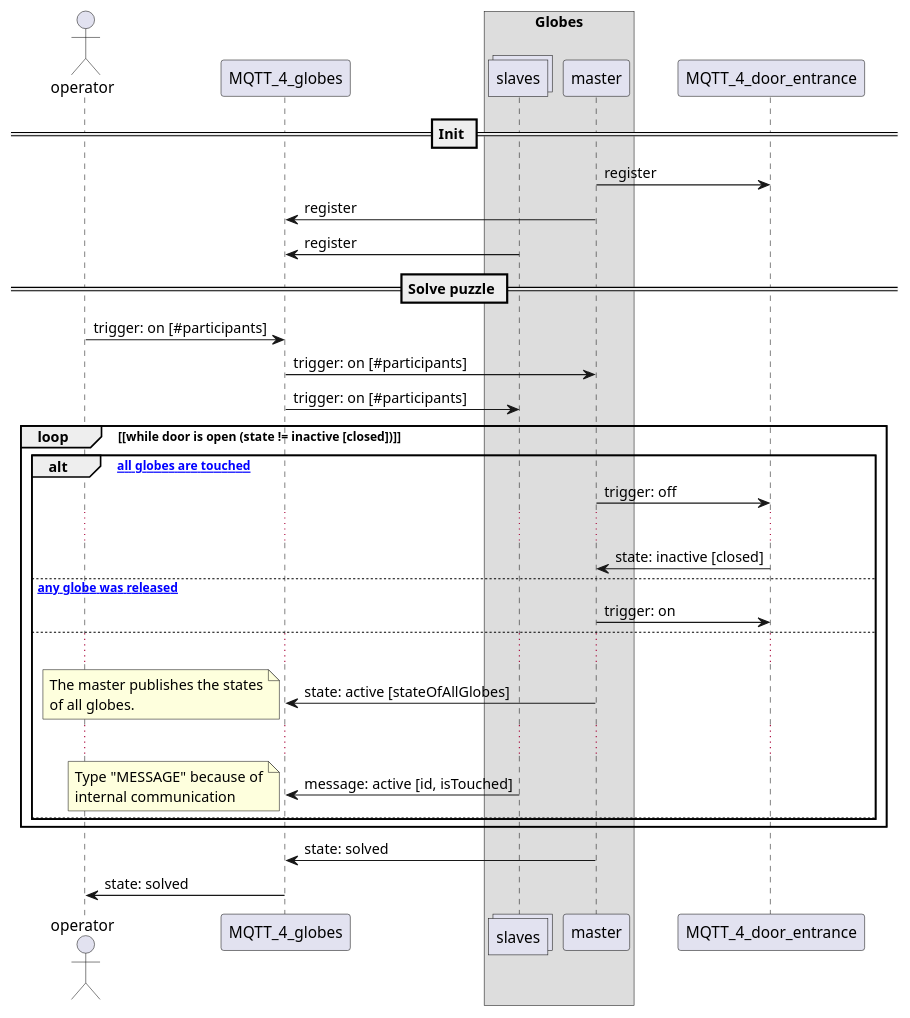
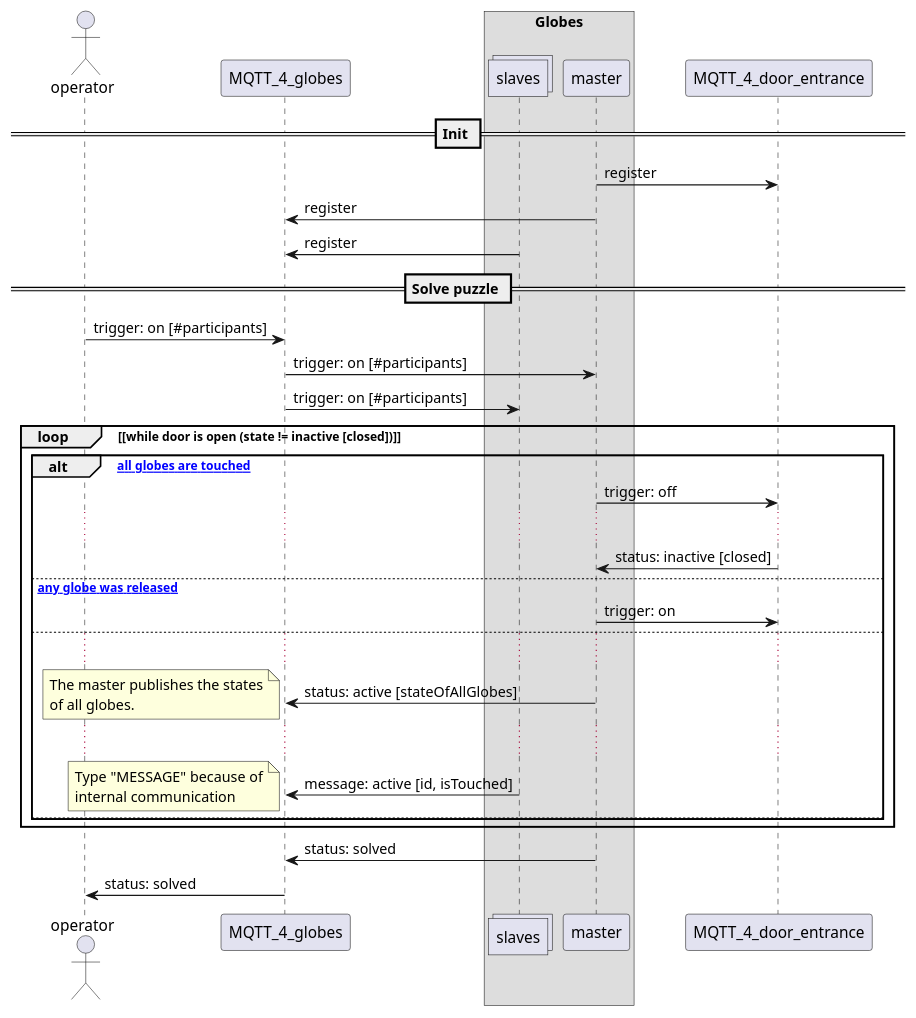
Before and after one commit to ubilab-ws21/operator: the diagram in design/group_4_puzzle_globes.puml, drawn with PlantUML. The commit also changed 11 other files, not shown here.

```diff
--- a/design/group_4_puzzle_globes.puml
+++ b/design/group_4_puzzle_globes.puml
@@ -1,47 +1,47 @@
 @startuml group_4_puzzle_globes
 actor operator
 participant MQTT_4_globes
 box "Globes"
     collections slaves
     participant master
 end box
 participant MQTT_4_door_entrance
 
 == Init ==
 master -> MQTT_4_door_entrance: register
 master -> MQTT_4_globes: register
 slaves -> MQTT_4_globes: register
 
 == Solve puzzle ==
 operator -> MQTT_4_globes: trigger: on [#participants]
 MQTT_4_globes -> master: trigger: on [#participants]
 MQTT_4_globes -> slaves: trigger: on [#participants]
 
 loop [while door is open (state != inactive [closed])]
     alt [on all globes are touched]
         master -> MQTT_4_door_entrance: trigger: off
         ...
-        MQTT_4_door_entrance -> master: state: inactive [closed]
+        MQTT_4_door_entrance -> master: status: inactive [closed]
     else [on any globe was released]
         master -> MQTT_4_door_entrance: trigger: on
     else
         ...
-        master -> MQTT_4_globes: state: active [stateOfAllGlobes]
+        master -> MQTT_4_globes: status: active [stateOfAllGlobes]
         note left
             The master publishes the states
             of all globes.
         end note
         ...
         slaves -> MQTT_4_globes: message: active [id, isTouched]
         note left
             Type "MESSAGE" because of
             internal communication
         end note
     else 
     end
 
 end
 
-MQTT_4_globes <- master: state: solved
-operator <- MQTT_4_globes: state: solved
+MQTT_4_globes <- master: status: solved
+operator <- MQTT_4_globes: status: solved
 @enduml
```
